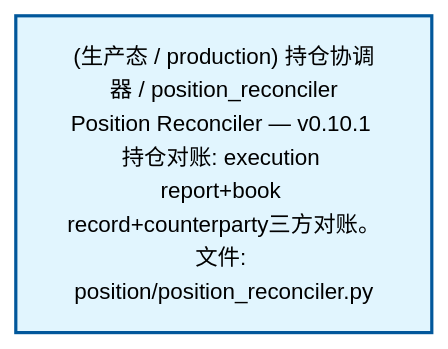
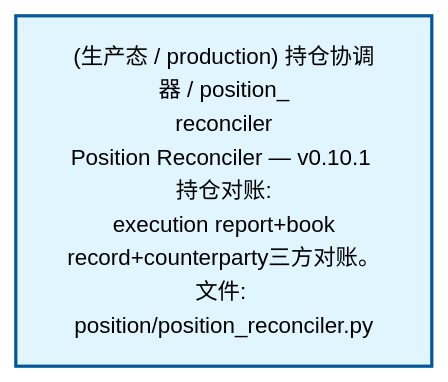
The second of 4 diagrams in docs/02_enterprise_architecture/02_domain_architecture_docs/64_d_position.md (xuanFelixVan/ZephyrAlpha), drawn with Mermaid before and after one commit. The commit also changed other lines of this file and 61 other files, not shown here.

````diff
--- a/docs/02_enterprise_architecture/02_domain_architecture_docs/64_d_position.md
+++ b/docs/02_enterprise_architecture/02_domain_architecture_docs/64_d_position.md
@@ -101,10 +101,10 @@
 ```mermaid
 %%{init: {'theme': 'base', 'themeVariables': {'primaryColor': '#eaeaea', 'primaryTextColor': '#333333', 'primaryBorderColor': '#666666', 'lineColor': '#666666', 'secondaryColor': '#eaeaea', 'tertiaryColor': '#eaeaea', 'fontSize': '14px'}}}%%
 flowchart TD
-    src_zephyr_position_position_reconciler_py["(生产态 / production) 持仓协调器 / position_reconciler<br/>Position Reconciler — v0.10.1 持仓对账: execution report+book record+counterparty三方对账。<br/>文件: position/position_reconciler.py"]
+    src_zephyr_position_position_reconciler_py["(生产态 / production) 持仓协调器 / position_<br/>reconciler<br/>Position Reconciler — v0.10.1 持仓对账:<br/>execution report+book<br/>record+counterparty三方对账。<br/>文件: position/position_reconciler.py"]
     classDef production fill:#e1f5fe,stroke:#01579b,stroke-width:2px,color:#000
     classDef design fill:#fff3e0,stroke:#e65100,stroke-width:2px,color:#000,stroke-dasharray: 5 5
     classDef external_prod fill:#e8f4fd,stroke:#0277bd,stroke-width:1px,color:#000
     classDef external_design fill:#fff8e7,stroke:#ef6c00,stroke-width:1px,color:#000,stroke-dasharray: 5 5
     class src_zephyr_position_position_reconciler_py production
 ```
````
